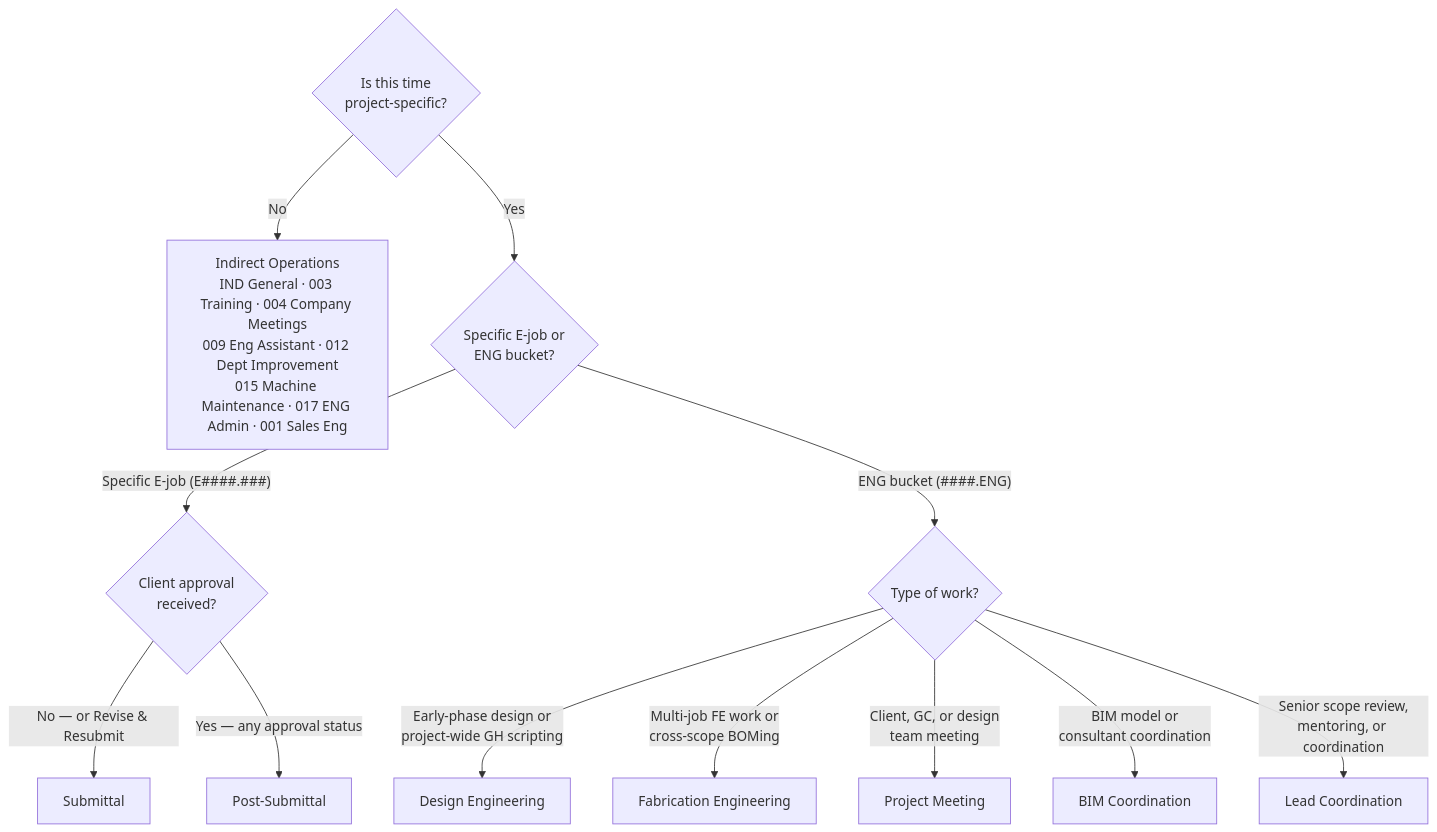
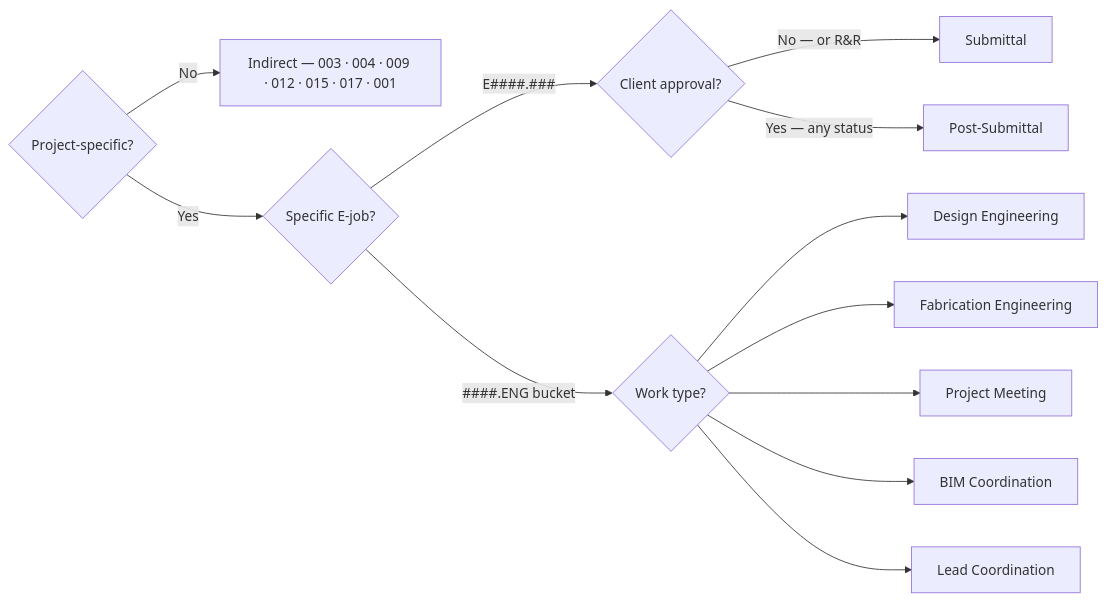
The diagram in tools/time-entry.md (cwka-engineering/cwka-engineering.github.io), drawn with Mermaid before and after one commit. The commit also changed 2 other files, not shown here.

Commit message:
Revise first-round Mermaid diagrams per feedback
- standard-layers: replace Mermaid graph with ASCII tree (more compact,
  equally clear for a pure hierarchy)
- time-entry: switch flowchart TD → LR so branches stack vertically
  and fit wiki column width; shorten node labels
- FE index: remove flowchart (redundant with numbered list below it)

````diff
--- a/tools/time-entry.md
+++ b/tools/time-entry.md
@@ -86,15 +86,15 @@
 ```mermaid
-flowchart TD
-  Q1{Is this time<br/>project-specific?}
-  Q1 -->|No| IND["Indirect Operations<br/>IND General · 003 Training · 004 Company Meetings<br/>009 Eng Assistant · 012 Dept Improvement<br/>015 Machine Maintenance · 017 ENG Admin · 001 Sales Eng"]
-  Q1 -->|Yes| Q2{Specific E-job or<br/>ENG bucket?}
-  Q2 -->|"Specific E-job (E####.###)"| Q3{Client approval<br/>received?}
-  Q3 -->|"No — or Revise &amp; Resubmit"| SUB["Submittal"]
-  Q3 -->|"Yes — any approval status"| POST["Post-Submittal"]
-  Q2 -->|"ENG bucket (####.ENG)"| Q4{Type of work?}
-  Q4 -->|"Early-phase design or<br/>project-wide GH scripting"| DE["Design Engineering"]
-  Q4 -->|"Multi-job FE work or<br/>cross-scope BOMing"| FEB["Fabrication Engineering"]
-  Q4 -->|"Client, GC, or design<br/>team meeting"| PMT["Project Meeting"]
-  Q4 -->|"BIM model or<br/>consultant coordination"| BIM["BIM Coordination"]
-  Q4 -->|"Senior scope review,<br/>mentoring, or coordination"| LC["Lead Coordination"]
+flowchart LR
+  Q1{Project-specific?}
+  Q1 -->|No| IND["Indirect — 003 · 004 · 009 · 012 · 015 · 017 · 001"]
+  Q1 -->|Yes| Q2{Specific E-job?}
+  Q2 -->|"E####.###"| Q3{Client approval?}
+  Q3 -->|"No — or R&amp;R"| SUB[Submittal]
+  Q3 -->|"Yes — any status"| POST[Post-Submittal]
+  Q2 -->|"####.ENG bucket"| Q4{Work type?}
+  Q4 --> DE[Design Engineering]
+  Q4 --> FEB[Fabrication Engineering]
+  Q4 --> PMT[Project Meeting]
+  Q4 --> BIM[BIM Coordination]
+  Q4 --> LC[Lead Coordination]
 ```
````
